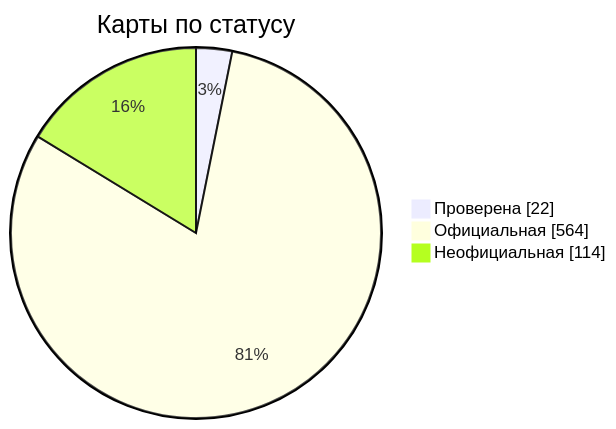
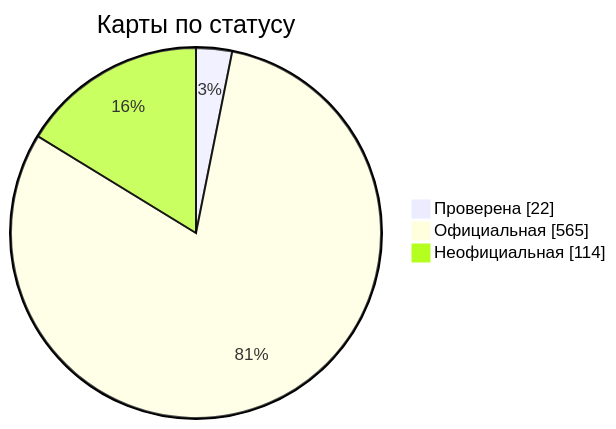
One commit to nobrega8/mbmap-library changed the diagram in docs/readme/README_RU.md. Above: the diagram before and after it, drawn with Mermaid. The commit also changed 6 other files, not shown here.

````diff
--- a/docs/readme/README_RU.md
+++ b/docs/readme/README_RU.md
@@ -54,7 +54,7 @@
 ```mermaid
 pie showData
     title Карты по статусу
     "Проверена" : 22
-    "Официальная" : 564
+    "Официальная" : 565
     "Неофициальная" : 114
 ```
````
